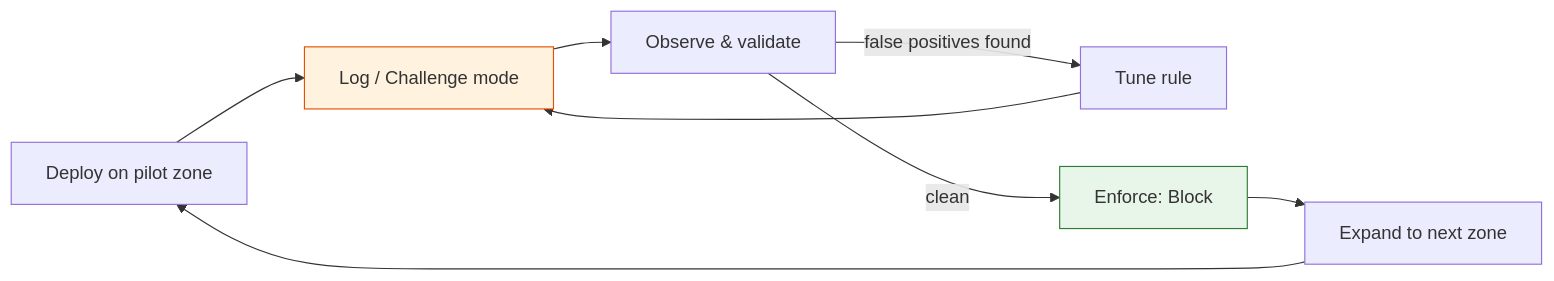
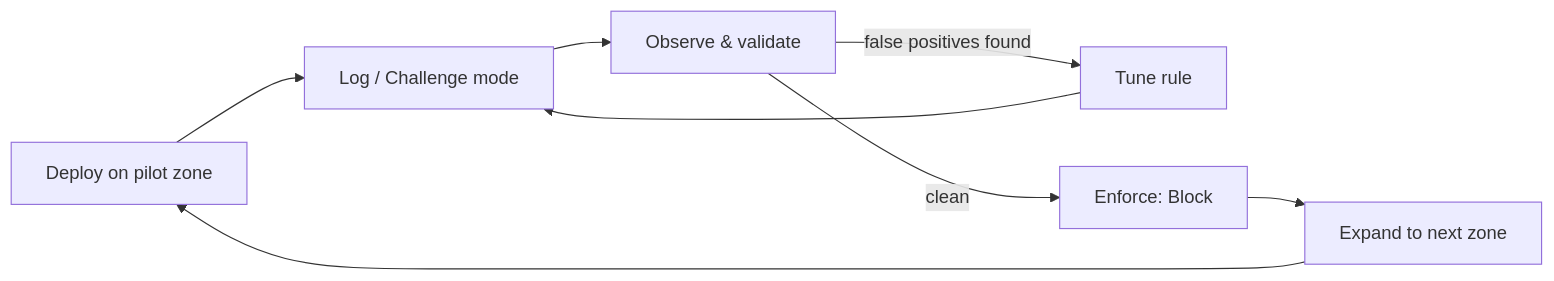
One commit to kevinevans1/cloudflare-adoption-framework changed the diagram in docs/adopt/rolling-out-security.md. Above: the diagram before and after it, drawn with Mermaid. The commit also changed 12 other files, not shown here.

Commit message:
Remove hardcoded Mermaid node colors causing readability issues; let diagrams use Material's theme-aware rendering

````diff
--- a/docs/adopt/rolling-out-security.md
+++ b/docs/adopt/rolling-out-security.md
@@ -7,13 +7,11 @@
 ```mermaid
 flowchart LR
     A[Deploy on pilot zone] --> B[Log / Challenge mode]
     B --> C[Observe & validate]
     C -->|false positives found| D[Tune rule]
     D --> B
     C -->|clean| E[Enforce: Block]
     E --> F[Expand to next zone]
     F --> A
 
-    style B fill:#fff3e0,stroke:#e65100,stroke-width:1px
-    style E fill:#e8f5e9,stroke:#2e7d32,stroke-width:1px
 ```
````
